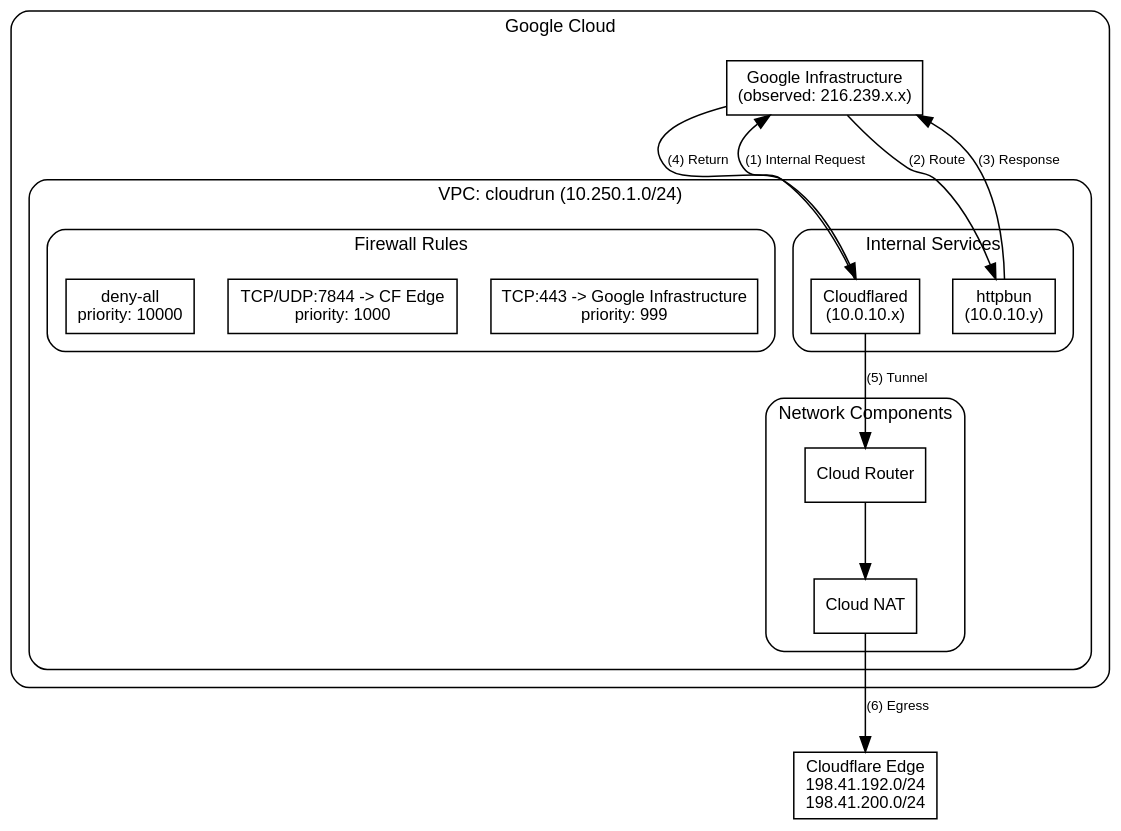
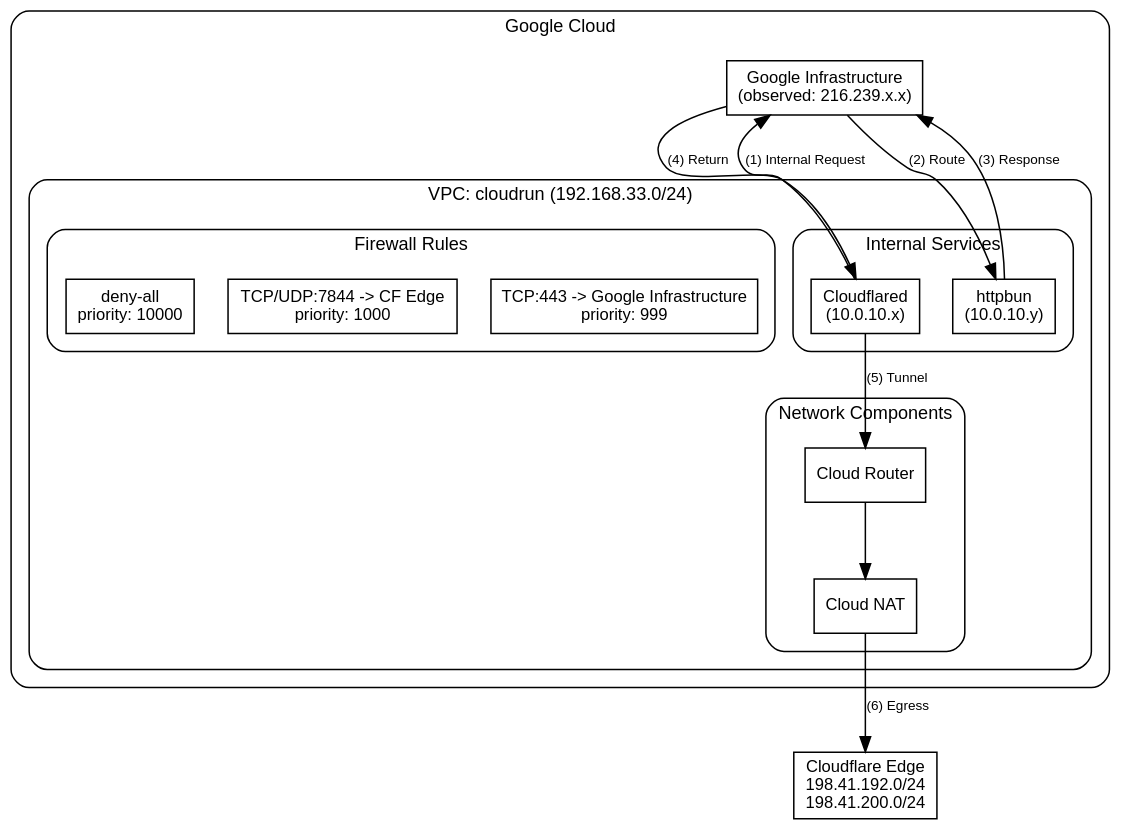
The diagram in src/content/docs/guides/cfd-cloud-run.mdx (erfianugrah/lexicanum), drawn with Graphviz before and after one commit. The commit also changed other lines of this file and 17 other files, not shown here.

````diff
--- a/src/content/docs/guides/cfd-cloud-run.mdx
+++ b/src/content/docs/guides/cfd-cloud-run.mdx
@@ -17,43 +17,43 @@
 ```dot
 digraph {
   rankdir=TB; bgcolor="transparent"; compound=true; nodesep=0.3; ranksep=0.7;
   fontname="Helvetica,Arial,sans-serif";
   node [fontname="Helvetica,Arial,sans-serif", fontsize=11, shape=box];
   edge [fontname="Helvetica,Arial,sans-serif", fontsize=9];
 
   subgraph cluster_Google {
     label="Google Cloud"; style=rounded; fontsize=12; margin=12;
     Google_glb [label="Google Infrastructure\n(observed: 216.239.x.x)"];
 
     subgraph cluster_Google_VPC {
-      label="VPC: cloudrun (10.250.1.0/24)"; style=rounded; fontsize=12; margin=12;
+      label="VPC: cloudrun (192.168.33.0/24)"; style=rounded; fontsize=12; margin=12;
       subgraph cluster_Google_VPC_Internal {
         label="Internal Services"; style=rounded; fontsize=12; margin=12;
         Google_VPC_Internal_cfd  [label="Cloudflared\n(10.0.10.x)"];
         Google_VPC_Internal_http [label="httpbun\n(10.0.10.y)"];
       }
       subgraph cluster_Google_VPC_Networking {
         label="Network Components"; style=rounded; fontsize=12; margin=12;
         Google_VPC_Networking_router [label="Cloud Router"];
         Google_VPC_Networking_nat    [label="Cloud NAT"];
       }
       subgraph cluster_Google_VPC_Firewall {
         label="Firewall Rules"; style=rounded; fontsize=12; margin=12;
         Google_VPC_Firewall_fr1 [label="TCP:443 -> Google Infrastructure\npriority: 999"];
         Google_VPC_Firewall_fr2 [label="TCP/UDP:7844 -> CF Edge\npriority: 1000"];
         Google_VPC_Firewall_fr3 [label="deny-all\npriority: 10000"];
       }
     }
   }
 
   edge_ [label="Cloudflare Edge\n198.41.192.0/24\n198.41.200.0/24"];
 
   Google_VPC_Internal_cfd  -> Google_glb                  [label="(1) Internal Request"];
   Google_glb               -> Google_VPC_Internal_http    [label="(2) Route"];
   Google_VPC_Internal_http -> Google_glb                  [label="(3) Response"];
   Google_glb               -> Google_VPC_Internal_cfd     [label="(4) Return"];
   Google_VPC_Internal_cfd  -> Google_VPC_Networking_router [label="(5) Tunnel"];
   Google_VPC_Networking_router -> Google_VPC_Networking_nat;
   Google_VPC_Networking_nat -> edge_                      [label="(6) Egress"];
 }
 ```
````
